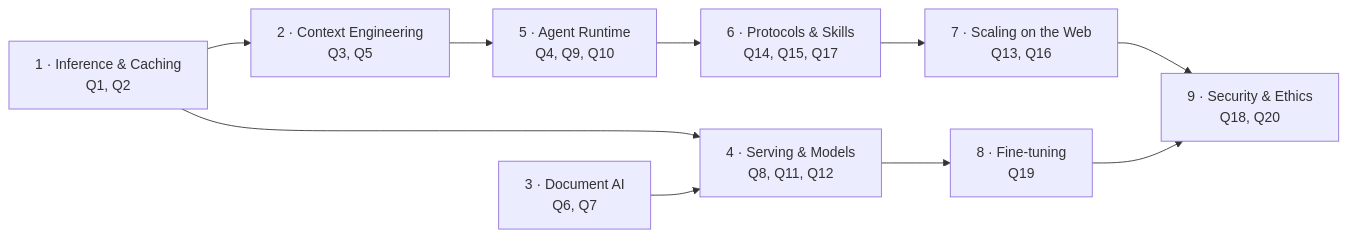
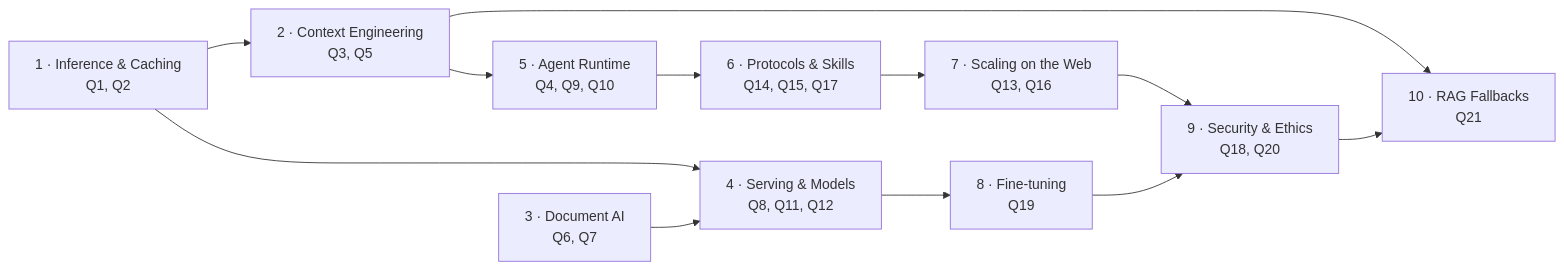
The diagram in genai-engg/README.md (rayari-1729/AI-Engineering), drawn with Mermaid before and after one commit. The commit also changed other lines of this file, not shown here.

````diff
--- a/genai-engg/README.md
+++ b/genai-engg/README.md
@@ -54,12 +55,14 @@
 ```mermaid
 flowchart LR
     C1["1 · Inference & Caching<br/>Q1, Q2"] --> C2["2 · Context Engineering<br/>Q3, Q5"]
     C2 --> C5["5 · Agent Runtime<br/>Q4, Q9, Q10"]
     C5 --> C6["6 · Protocols & Skills<br/>Q14, Q15, Q17"]
     C6 --> C7["7 · Scaling on the Web<br/>Q13, Q16"]
     C1 --> C4["4 · Serving & Models<br/>Q8, Q11, Q12"]
     C4 --> C8["8 · Fine-tuning<br/>Q19"]
     C3["3 · Document AI<br/>Q6, Q7"] --> C4
     C7 --> C9["9 · Security & Ethics<br/>Q18, Q20"]
     C8 --> C9
+    C2 --> C10["10 · RAG Fallbacks<br/>Q21"]
+    C9 --> C10
 ```
````
